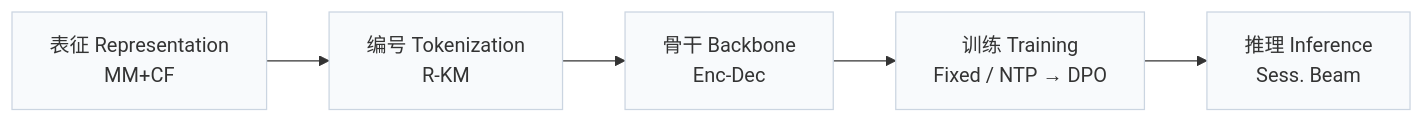
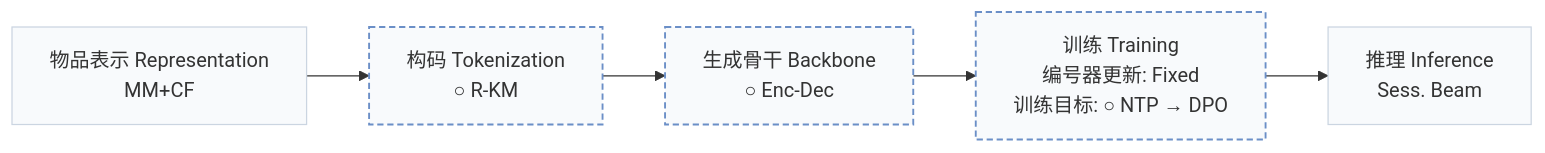
The first of 3 diagrams in pages/zh/papers/onerec.md (Galaxy-ghost/Awesome-SID-Generative-Rec), drawn with Mermaid before and after one commit. The commit also changed other lines of this file and 558 other files, not shown here.

````diff
--- a/pages/zh/papers/onerec.md
+++ b/pages/zh/papers/onerec.md
@@ -15,6 +18,8 @@
 ```mermaid
 flowchart LR
-    R["表征 Representation<br/>MM+CF"] --> T["编号 Tokenization<br/>R-KM"] --> B["骨干 Backbone<br/>Enc-Dec"] --> TR["训练 Training<br/>Fixed / NTP → DPO"] --> I["推理 Inference<br/>Sess. Beam"]
+    R["物品表示 Representation<br/>MM+CF"] --> T["构码 Tokenization<br/>○ R-KM"] --> B["生成骨干 Backbone<br/>○ Enc-Dec"] --> TR["训练 Training<br/>编号器更新: Fixed<br/>训练目标: ○ NTP → DPO"] --> I["推理 Inference<br/>Sess. Beam"]
     classDef base fill:#f8fafc,stroke:#cbd5e1
     class R,T,B,TR,I base
+    classDef other fill:#f8fafc,stroke:#6b8fc7,stroke-width:1.5px,stroke-dasharray:5 3
+    class T,B,TR other
 ```
````
